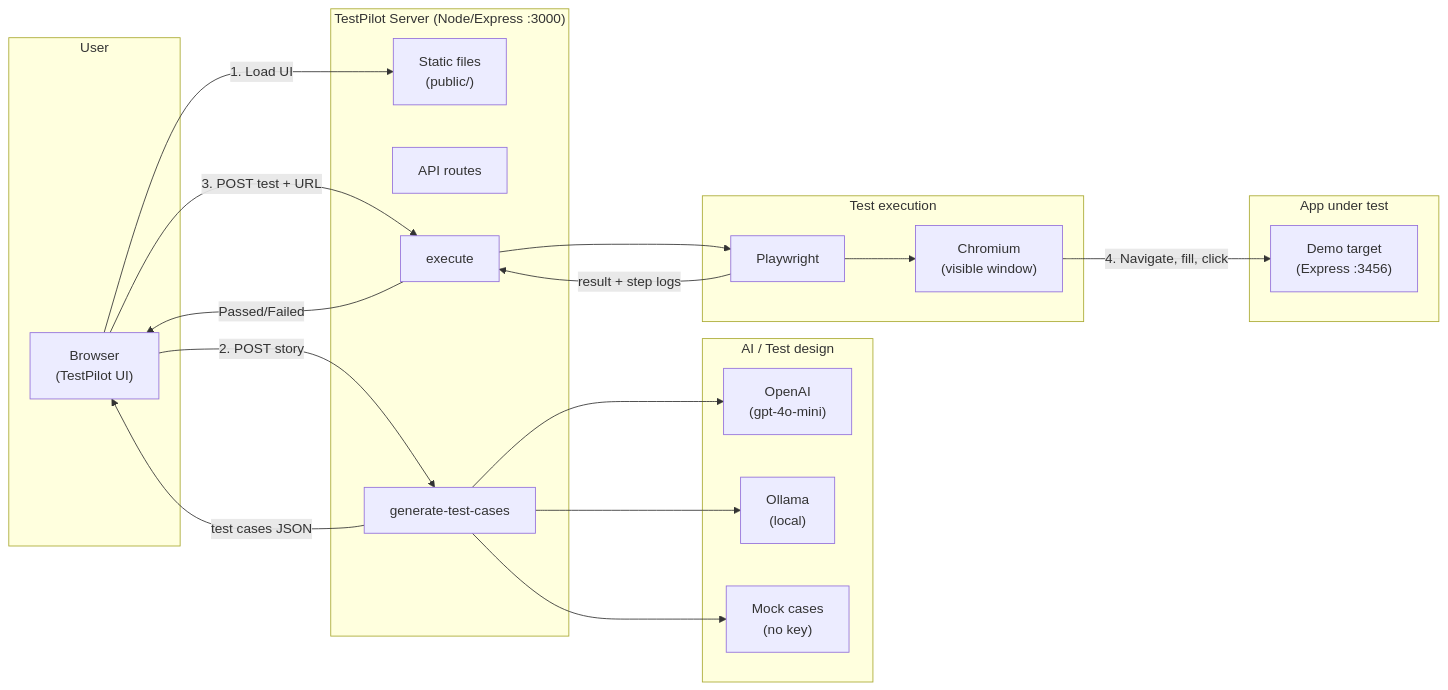
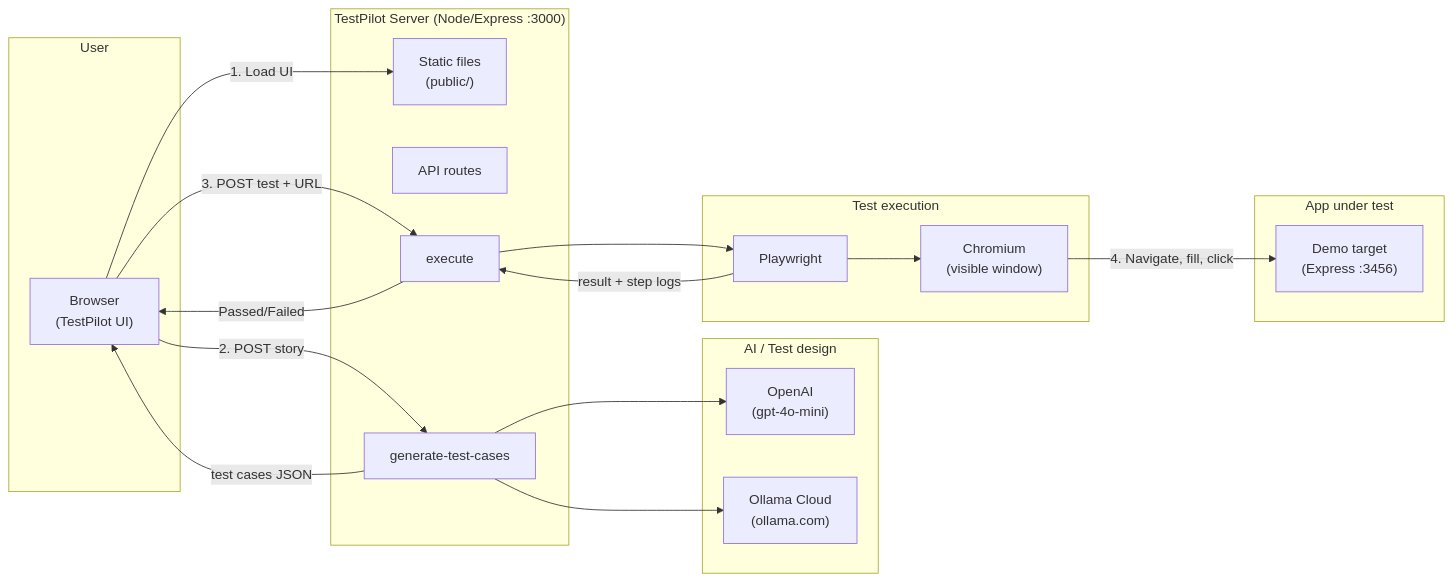
Before and after one commit to IbanjaraaSoul/TestPilot: the first of 5 diagrams in ARCHITECTURE.md, drawn with Mermaid. The commit also changed other lines of this file and 8 other files, not shown here.

First line of the commit message:
Cloud-only LLM generation, stricter Playwright runner, dev scripts without local Ollama

````diff
--- a/ARCHITECTURE.md
+++ b/ARCHITECTURE.md
@@ -5,41 +5,39 @@
 ```mermaid
 flowchart LR
     subgraph User
         Browser["Browser\n(TestPilot UI)"]
     end
 
     subgraph POC["TestPilot Server (Node/Express :3000)"]
         Static["Static files\n(public/)"]
         API["API routes"]
         Gen["generate-test-cases"]
         Exec["execute"]
     end
 
     subgraph AI["AI / Test design"]
         OpenAI["OpenAI\n(gpt-4o-mini)"]
-        Ollama["Ollama\n(local)"]
-        Mock["Mock cases\n(no key)"]
+        Ollama["Ollama Cloud\n(ollama.com)"]
     end
 
     subgraph Execution["Test execution"]
         PW["Playwright"]
         Chromium["Chromium\n(visible window)"]
     end
 
     subgraph Target["App under test"]
         Demo["Demo target\n(Express :3456)"]
     end
 
     Browser -->|"1. Load UI"| Static
     Browser -->|"2. POST story"| Gen
     Gen --> OpenAI
     Gen --> Ollama
-    Gen --> Mock
     Gen -->|"test cases JSON"| Browser
     Browser -->|"3. POST test + URL"| Exec
     Exec --> PW
     PW --> Chromium
     Chromium -->|"4. Navigate, fill, click"| Demo
     PW -->|"result + step logs"| Exec
     Exec -->|"Passed/Failed"| Browser
 ```
````
